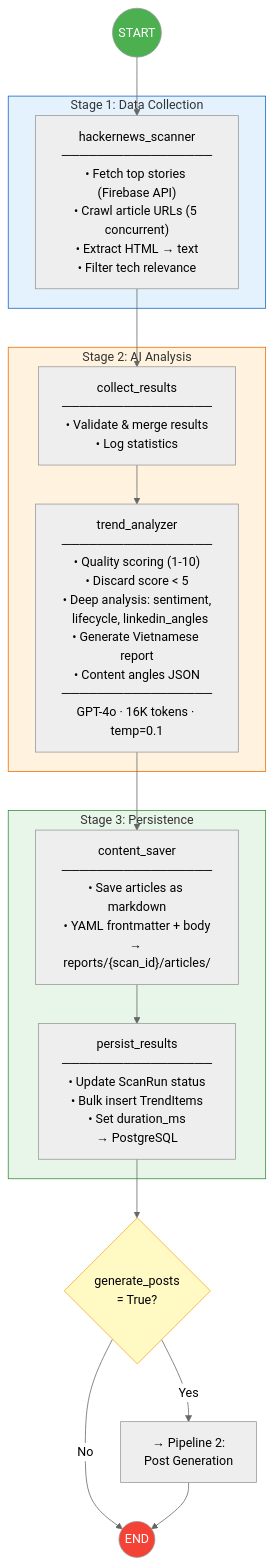
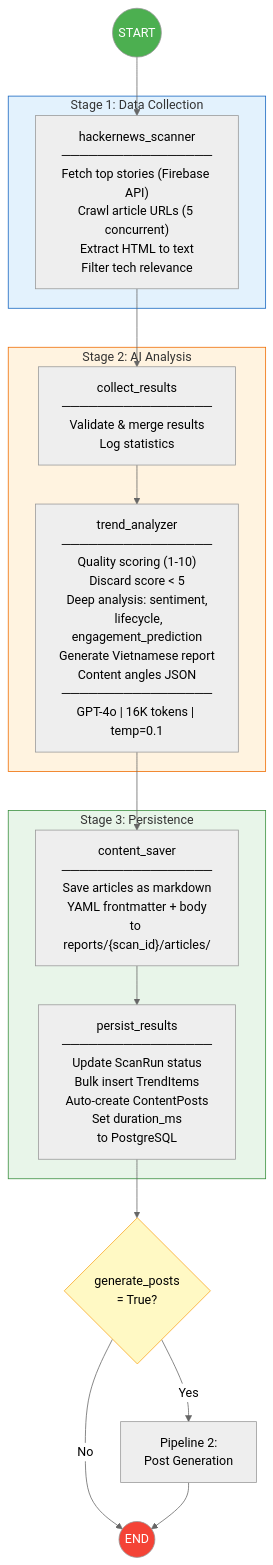
The second of 12 diagrams in docs/architecture-diagrams.md (minhduc59/marketing-content_create-multi_agent), drawn with Mermaid (neutral theme) before and after one commit. The commit also changed other lines of this file and 96 other files, not shown here.

````diff
--- a/docs/architecture-diagrams.md
+++ b/docs/architecture-diagrams.md
@@ -74,32 +87,32 @@
 ```mermaid
 graph TD
     START((START)) --> HN_SCAN
 
     subgraph SCAN["Stage 1: Data Collection"]
-        HN_SCAN["hackernews_scanner<br/>─────────────────<br/>• Fetch top stories (Firebase API)<br/>• Crawl article URLs (5 concurrent)<br/>• Extract HTML → text<br/>• Filter tech relevance"]
+        HN_SCAN["hackernews_scanner<br/>─────────────────<br/>Fetch top stories (Firebase API)<br/>Crawl article URLs (5 concurrent)<br/>Extract HTML to text<br/>Filter tech relevance"]
     end
 
-    HN_SCAN --> COLLECT["collect_results<br/>─────────────────<br/>• Validate & merge results<br/>• Log statistics"]
+    HN_SCAN --> COLLECT["collect_results<br/>─────────────────<br/>Validate & merge results<br/>Log statistics"]
 
     subgraph ANALYZE["Stage 2: AI Analysis"]
-        COLLECT --> ANALYZER["trend_analyzer<br/>─────────────────<br/>• Quality scoring (1-10)<br/>• Discard score < 5<br/>• Deep analysis: sentiment,<br/>  lifecycle, linkedin_angles<br/>• Generate Vietnamese report<br/>• Content angles JSON<br/>─────────────────<br/>GPT-4o · 16K tokens · temp=0.1"]
+        COLLECT --> ANALYZER["trend_analyzer<br/>─────────────────<br/>Quality scoring (1-10)<br/>Discard score < 5<br/>Deep analysis: sentiment,<br/>  lifecycle, engagement_prediction<br/>Generate Vietnamese report<br/>Content angles JSON<br/>─────────────────<br/>GPT-4o | 16K tokens | temp=0.1"]
     end
 
     subgraph SAVE["Stage 3: Persistence"]
-        ANALYZER --> SAVER["content_saver<br/>─────────────────<br/>• Save articles as markdown<br/>• YAML frontmatter + body<br/>→ reports/{scan_id}/articles/"]
+        ANALYZER --> SAVER["content_saver<br/>─────────────────<br/>Save articles as markdown<br/>YAML frontmatter + body<br/>to reports/{scan_id}/articles/"]
 
-        SAVER --> PERSIST["persist_results<br/>─────────────────<br/>• Update ScanRun status<br/>• Bulk insert TrendItems<br/>• Set duration_ms<br/>→ PostgreSQL"]
+        SAVER --> PERSIST["persist_results<br/>─────────────────<br/>Update ScanRun status<br/>Bulk insert TrendItems<br/>Auto-create ContentPosts<br/>Set duration_ms<br/>to PostgreSQL"]
     end
 
     PERSIST --> DECISION{generate_posts<br/>= True?}
-    DECISION -->|Yes| POST_GEN["→ Pipeline 2:<br/>Post Generation"]
+    DECISION -->|Yes| POST_GEN["Pipeline 2:<br/>Post Generation"]
     DECISION -->|No| END_NODE((END))
     POST_GEN --> END_NODE
 
     style START fill:#4caf50,color:#fff
     style END_NODE fill:#f44336,color:#fff
     style SCAN fill:#e3f2fd,stroke:#1565c0
     style ANALYZE fill:#fff3e0,stroke:#ef6c00
     style SAVE fill:#e8f5e9,stroke:#388e3c
     style DECISION fill:#fff9c4,stroke:#f9a825
 ```
````
